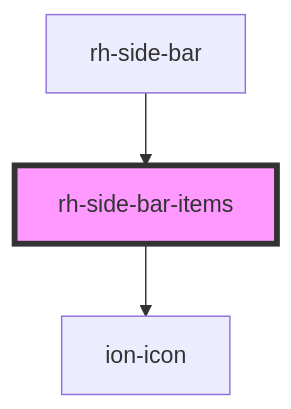
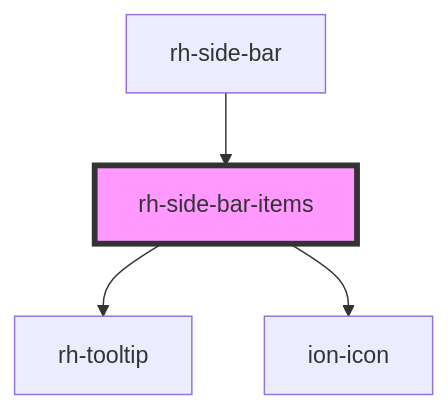
Before and after one commit to BrunoAST/rh-core-ui: the diagram in src/components/side-bar/components/side-bar-items/readme.md, drawn with Mermaid. The commit also changed other lines of this file and 3 other files, not shown here.

````diff
--- a/src/components/side-bar/components/side-bar-items/readme.md
+++ b/src/components/side-bar/components/side-bar-items/readme.md
@@ -33,6 +34,7 @@
 ```mermaid
 graph TD;
+  rh-side-bar-items --> rh-tooltip
   rh-side-bar-items --> ion-icon
   rh-side-bar --> rh-side-bar-items
   style rh-side-bar-items fill:#f9f,stroke:#333,stroke-width:4px
 ```
````
